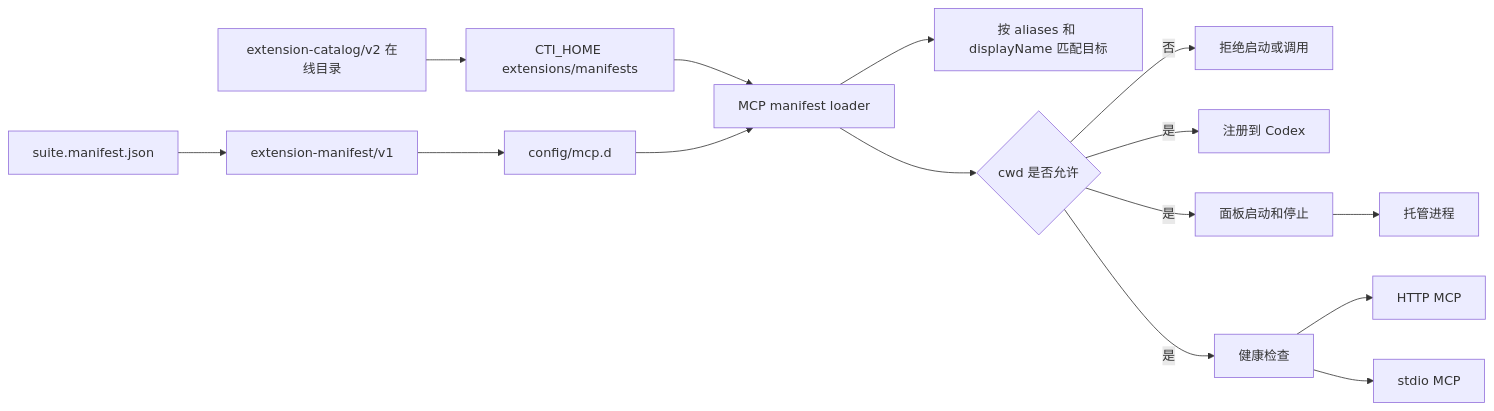
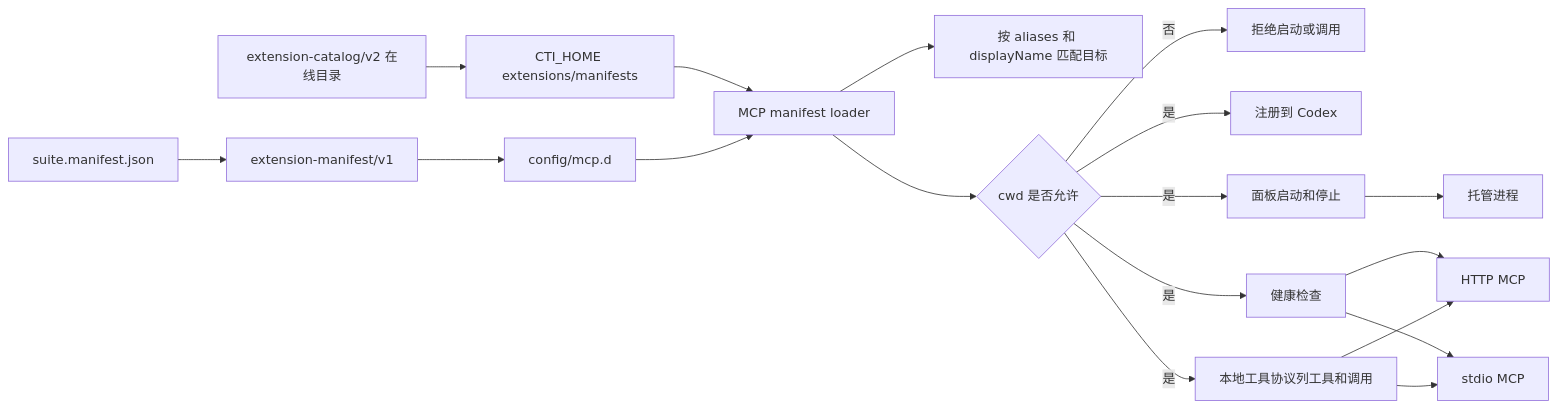
The seventh of 8 diagrams in release/installer/payload/docs/PROJECT-ARCHITECTURE.md (dddfuxi/codex-im-suite), drawn with Mermaid before and after one commit. The commit also changed other lines of this file and 101 other files, not shown here.

````diff
--- a/release/installer/payload/docs/PROJECT-ARCHITECTURE.md
+++ b/release/installer/payload/docs/PROJECT-ARCHITECTURE.md
@@ -727,17 +732,20 @@
 ```mermaid
 flowchart LR
   SuiteManifest[suite.manifest.json] --> Protocol[extension-manifest/v1]
   Protocol --> ManifestDir[config/mcp.d]
   Catalog[extension-catalog/v2 在线目录] --> UserOverlay[CTI_HOME extensions/manifests]
   UserOverlay --> Loader[MCP manifest loader]
   ManifestDir --> Loader[MCP manifest loader]
   Loader --> AliasMatch[按 aliases 和 displayName 匹配目标]
   Loader --> WorkspaceCheck{cwd 是否允许}
   WorkspaceCheck -->|否| Reject[拒绝启动或调用]
   WorkspaceCheck -->|是| Register[注册到 Codex]
   WorkspaceCheck -->|是| StartStop[面板启动和停止]
   WorkspaceCheck -->|是| Health[健康检查]
+  WorkspaceCheck -->|是| ToolCall[本地工具协议列工具和调用]
   StartStop --> ManagedProcess[托管进程]
   Health --> HttpMcp[HTTP MCP]
   Health --> StdioMcp[stdio MCP]
+  ToolCall --> HttpMcp
+  ToolCall --> StdioMcp
 ```
````
